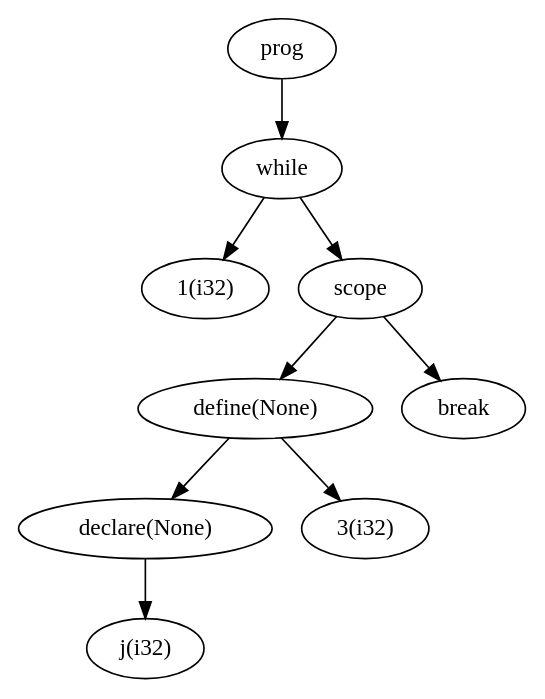
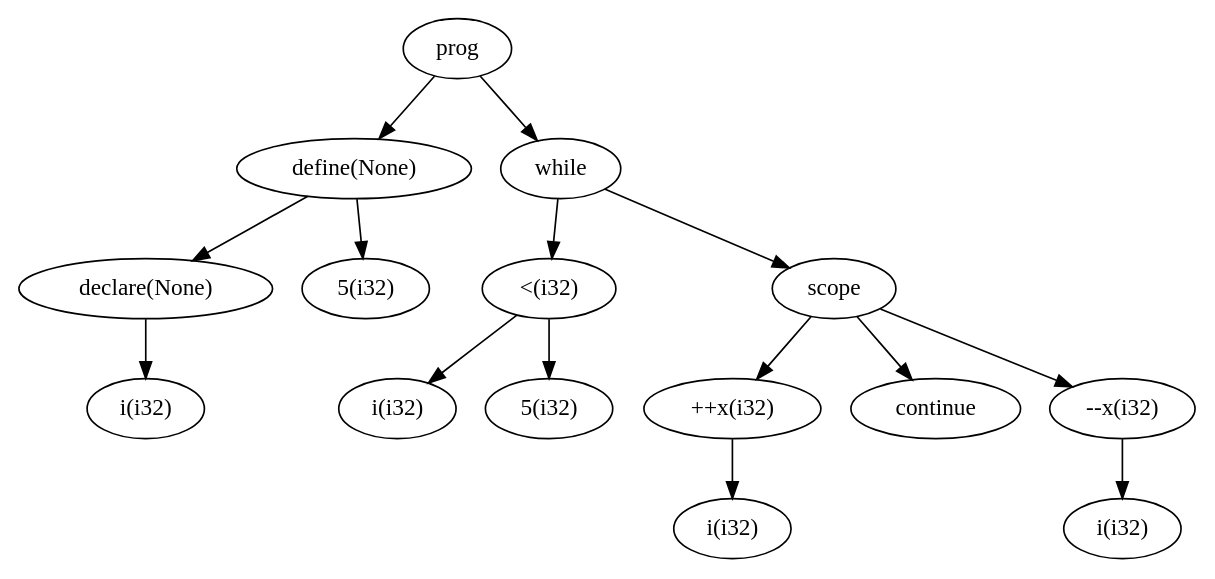
Before and after one commit to sampieters/compiler: the diagram in AST.dot, drawn with Graphviz. The commit also changed 4 other files, not shown here.

```diff
--- a/AST.dot
+++ b/AST.dot
@@ -1,19 +1,31 @@
 digraph AST {
 	node1[label="prog"]
-	node2[label="while"]
+	node2[label="define(None)"]
 	node1->node2
-	node3[label="1(i32)"]
+	node3[label="declare(None)"]
 	node2->node3
-	node4[label="scope"]
-	node2->node4
-	node5[label="define(None)"]
-	node4->node5
-	node6[label="declare(None)"]
-	node5->node6
-	node7[label="j(i32)"]
+	node4[label="i(i32)"]
+	node3->node4
+	node5[label="5(i32)"]
+	node2->node5
+	node6[label="while"]
+	node1->node6
+	node7[label="<(i32)"]
 	node6->node7
-	node8[label="3(i32)"]
-	node5->node8
-	node9[label="break"]
-	node4->node9
+	node8[label="i(i32)"]
+	node7->node8
+	node9[label="5(i32)"]
+	node7->node9
+	node10[label="scope"]
+	node6->node10
+	node11[label="++x(i32)"]
+	node10->node11
+	node12[label="i(i32)"]
+	node11->node12
+	node13[label="continue"]
+	node10->node13
+	node14[label="--x(i32)"]
+	node10->node14
+	node15[label="i(i32)"]
+	node14->node15
 }
```
